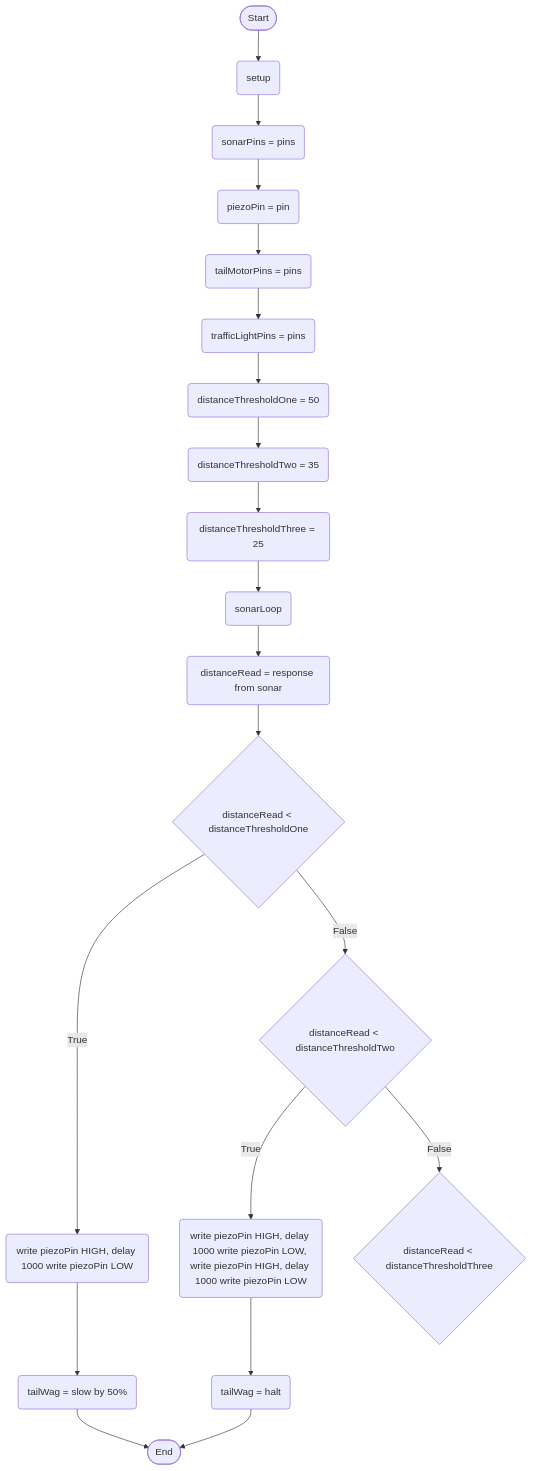
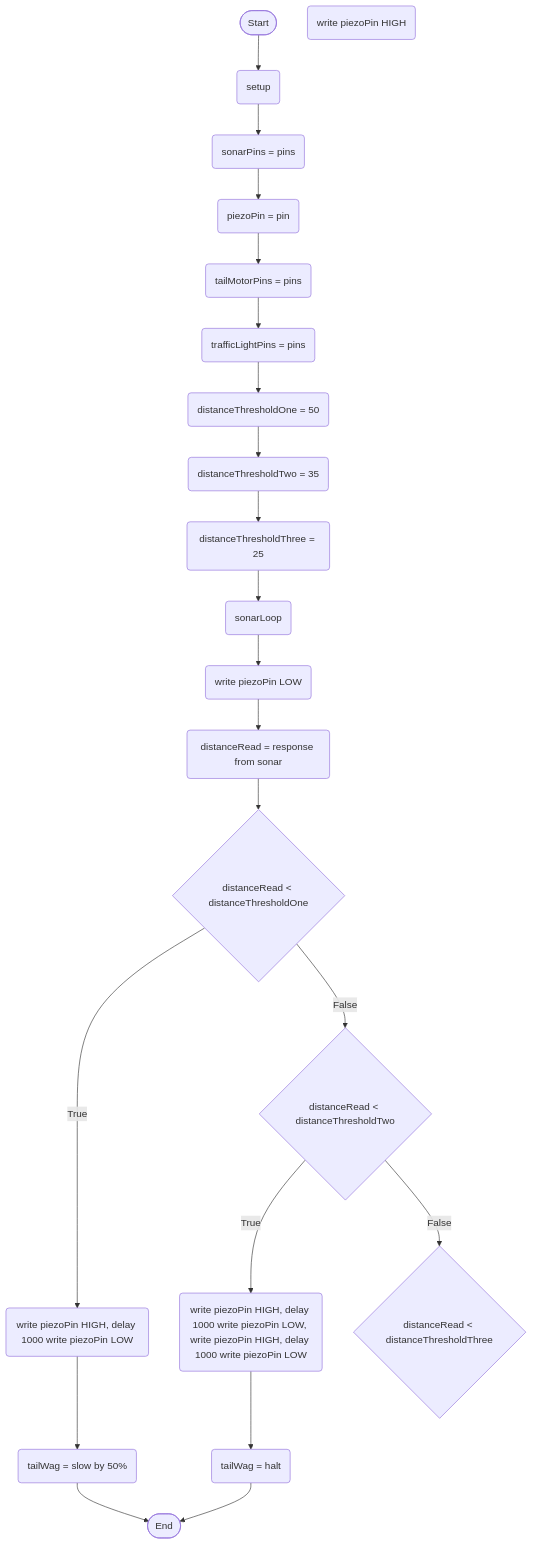
The diagram in logic.md (Deltace05/SmartDog), drawn with Mermaid before and after one commit.

````diff
--- a/logic.md
+++ b/logic.md
@@ -1,43 +1,46 @@
 ```mermaid
 flowchart TD
 terminalStart([Start])
 terminalEnd([End])
 setupStart(setup)
 setSonarRead(sonarPins = pins)
 setPiezoPin(piezoPin = pin)
 setTail(tailMotorPins = pins)
 setLight(trafficLightPins = pins)
 thresholdSetOne(distanceThresholdOne = 50)
 thresholdSetTwo(distanceThresholdTwo = 35)
 thresholdSetThree(distanceThresholdThree = 25)
 currentDistanceReading(distanceRead = response from sonar)
 ifDistanceLessThanThresholdOne{distanceRead < distanceThresholdOne}
 ifDistanceLessThanThresholdTwo{distanceRead < distanceThresholdTwo}
 ifDistanceLessThanThresholdThree{distanceRead < distanceThresholdThree}
 piezoOneBuzz(write piezoPin HIGH, delay 1000 write piezoPin LOW)
 piezoTwoBuzz(write piezoPin HIGH, delay 1000 write piezoPin LOW, write piezoPin HIGH, delay 1000 write piezoPin LOW)
+piezoConstant(write piezoPin HIGH)
+piezoReset(write piezoPin LOW)
 tailSlow(tailWag = slow by 50%)
 tailStop(tailWag = halt)
 sonarStart(sonarLoop)
 
 terminalStart --> setupStart
 setupStart --> setSonarRead
 setSonarRead --> setPiezoPin
 setPiezoPin --> setTail
 setTail --> setLight
 setLight --> thresholdSetOne
 thresholdSetOne --> thresholdSetTwo
 thresholdSetTwo --> thresholdSetThree
 thresholdSetThree --> sonarStart
 
-sonarStart --> currentDistanceReading
+sonarStart --> piezoReset
+piezoReset --> currentDistanceReading
 currentDistanceReading --> ifDistanceLessThanThresholdOne
 ifDistanceLessThanThresholdOne --> |True| piezoOneBuzz
 piezoOneBuzz --> tailSlow
 tailSlow --> terminalEnd
 ifDistanceLessThanThresholdOne --> |False| ifDistanceLessThanThresholdTwo
 ifDistanceLessThanThresholdTwo --> |True| piezoTwoBuzz
 piezoTwoBuzz --> tailStop
 tailStop --> terminalEnd
 ifDistanceLessThanThresholdTwo --> |False| ifDistanceLessThanThresholdThree
 ```
````
